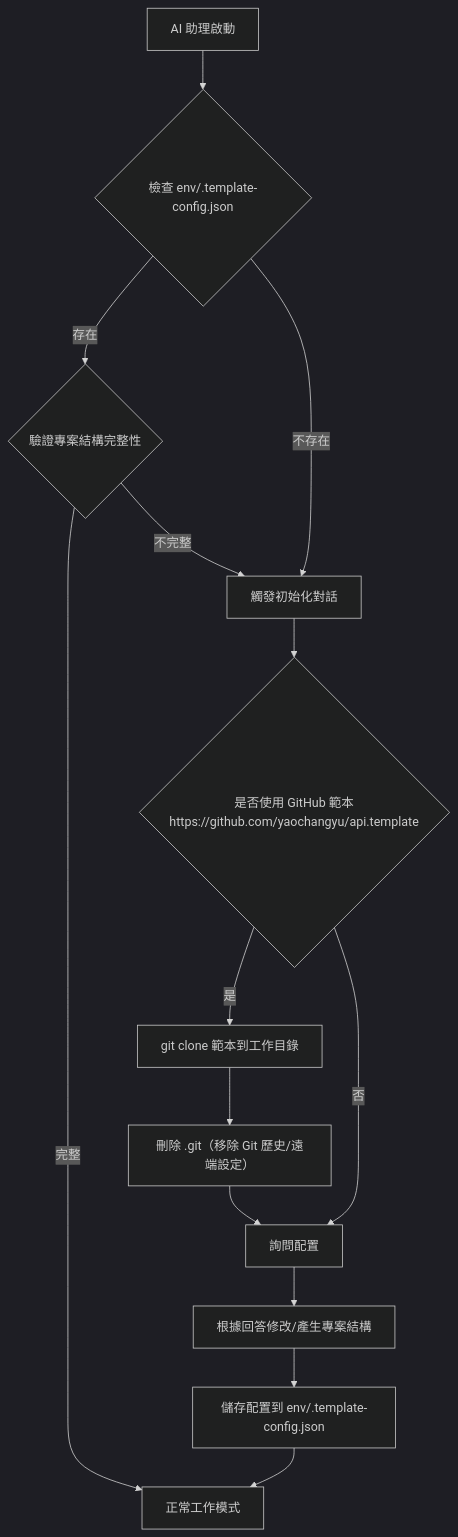
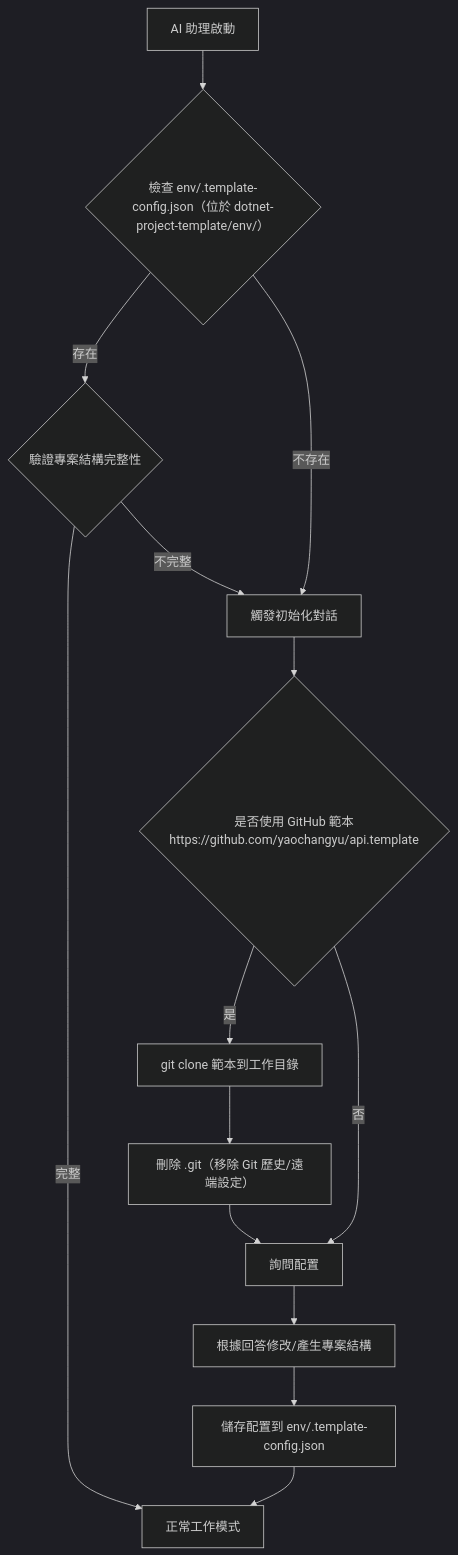
Before and after one commit to yaochangyu/api.template: the first of 2 diagrams in CLAUDE.md, drawn with Mermaid (dark theme). The commit also changed other lines of this file, not shown here.

````diff
--- a/CLAUDE.md
+++ b/CLAUDE.md
@@ -73,16 +73,16 @@
 ```mermaid
 graph TD
-    A[AI 助理啟動] --> B{檢查 env/.template-config.json}
+    A[AI 助理啟動] --> B{檢查 env/.template-config.json（位於 dotnet-project-template/env/）}
     B -->|存在| C{驗證專案結構完整性}
     B -->|不存在| D[觸發初始化對話]
     C -->|完整| E[正常工作模式]
     C -->|不完整| D
     D --> T{是否使用 GitHub 範本\nhttps://github.com/yaochangyu/api.template}
     T -->|是| U[git clone 範本到工作目錄]
     U --> V[刪除 .git（移除 Git 歷史/遠端設定）]
     V --> F[詢問配置]
     T -->|否| F
     F --> G[根據回答修改/產生專案結構]
     G --> H[儲存配置到 env/.template-config.json]
     H --> E
 ```
````
